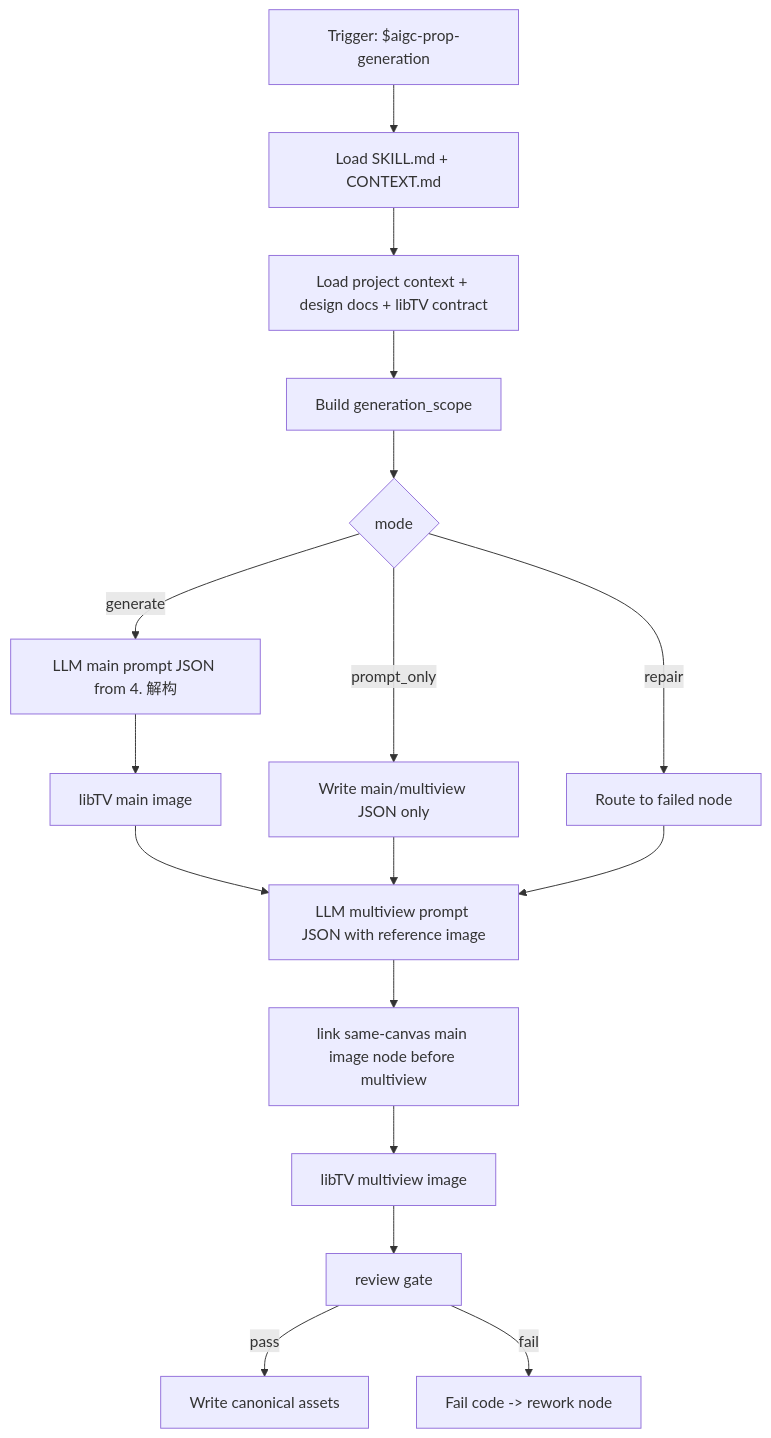
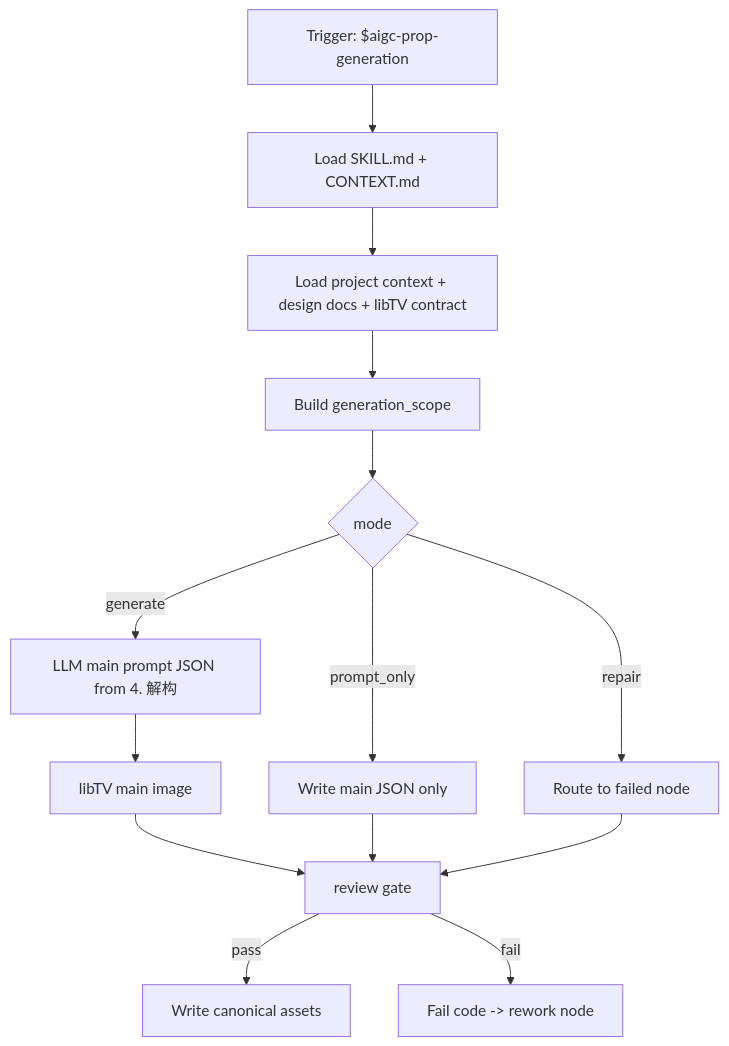
One commit to ZEN-VOID/AI-CUT changed the first of 2 diagrams in .agents/skills/aigc/3-主体/道具/3-生成/SKILL.md. Above: the diagram before and after it, drawn with Mermaid. The commit also changed other lines of this file and 49 other files, not shown here.

````diff
--- a/.agents/skills/aigc/3-主体/道具/3-生成/SKILL.md
+++ b/.agents/skills/aigc/3-主体/道具/3-生成/SKILL.md
@@ -258,19 +265,16 @@
 ```mermaid
 flowchart TD
     A["Trigger: $aigc-prop-generation"] --> B["Load SKILL.md + CONTEXT.md"]
     B --> C["Load project context + design docs + libTV contract"]
     C --> D["Build generation_scope"]
     D --> E{"mode"}
-    E -->|"prompt_only"| F["Write main/multiview JSON only"]
+    E -->|"prompt_only"| F["Write main JSON only"]
     E -->|"generate"| G["LLM main prompt JSON from 4. 解构"]
     E -->|"repair"| H["Route to failed node"]
     G --> I["libTV main image"]
-    I --> J["LLM multiview prompt JSON with reference image"]
-    F --> J
-    H --> J
-    J --> K["link same-canvas main image node before multiview"]
-    K --> L["libTV multiview image"]
-    L --> M["review gate"]
+    I --> M["review gate"]
+    F --> M
+    H --> M
     M -->|"pass"| N["Write canonical assets"]
     M -->|"fail"| O["Fail code -> rework node"]
 ```
````
